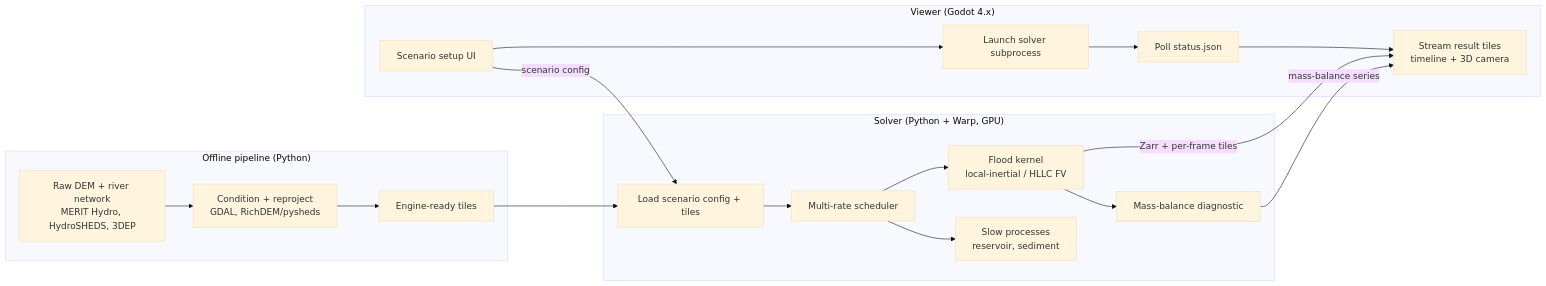
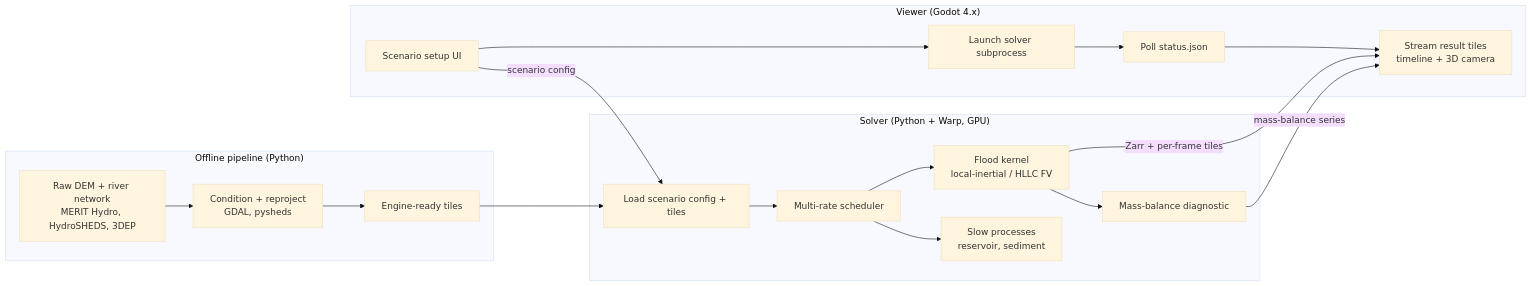
The diagram in HANDOFF.md (BoykoNeov/river-basin-sim), drawn with Mermaid (base theme) before and after one commit. The commit also changed other lines of this file, not shown here.

````diff
--- a/HANDOFF.md
+++ b/HANDOFF.md
@@ -92,25 +92,25 @@
 ```mermaid
 flowchart LR
     subgraph Offline["Offline pipeline (Python)"]
-        A[Raw DEM + river network<br/>MERIT Hydro, HydroSHEDS, 3DEP] --> B[Condition + reproject<br/>GDAL, RichDEM/pysheds]
+        A[Raw DEM + river network<br/>MERIT Hydro, HydroSHEDS, 3DEP] --> B[Condition + reproject<br/>GDAL, pysheds]
         B --> C[Engine-ready tiles]
     end
 
     subgraph Solver["Solver (Python + Warp, GPU)"]
         D[Load scenario config + tiles] --> E[Multi-rate scheduler]
         E --> F[Flood kernel<br/>local-inertial / HLLC FV]
         F --> G[Mass-balance diagnostic]
         E --> H[Slow processes<br/>reservoir, sediment]
     end
 
     subgraph Viewer["Viewer (Godot 4.x)"]
         I[Scenario setup UI] --> J[Launch solver subprocess]
         J --> K[Poll status.json]
         K --> L[Stream result tiles<br/>timeline + 3D camera]
     end
 
     C --> D
     I -->|scenario config| D
     F -->|Zarr + per-frame tiles| L
     G -->|mass-balance series| L
 ```
````
